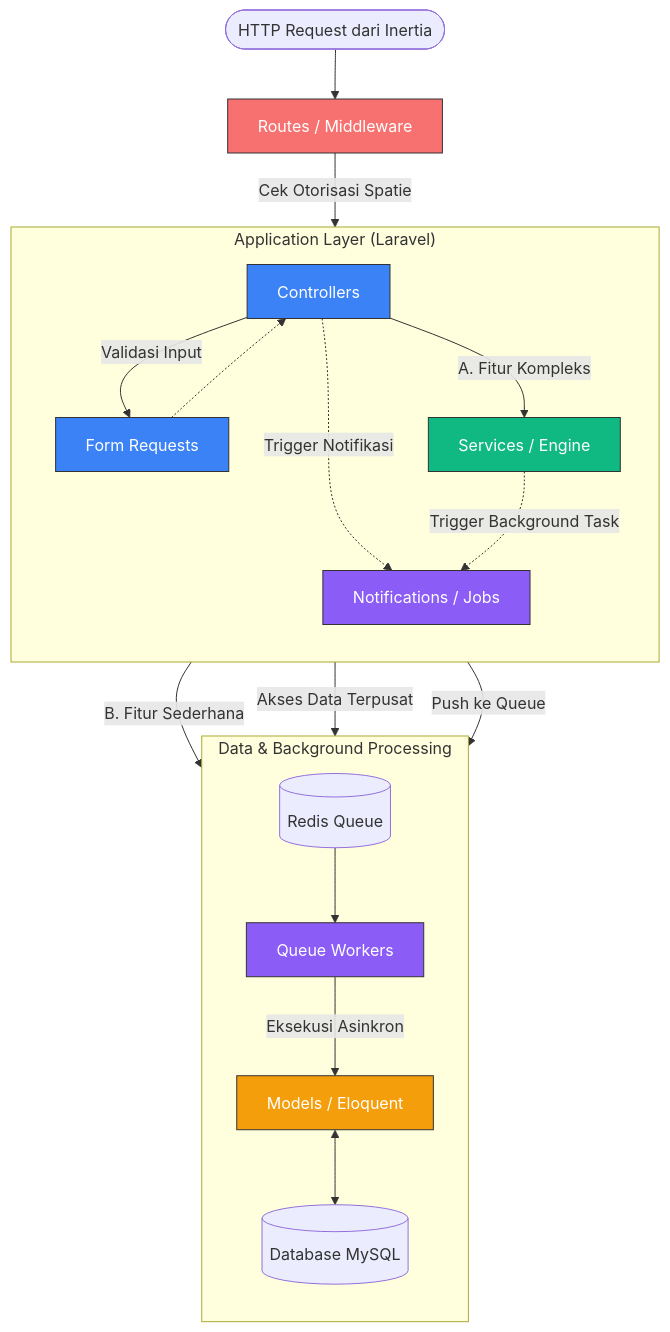
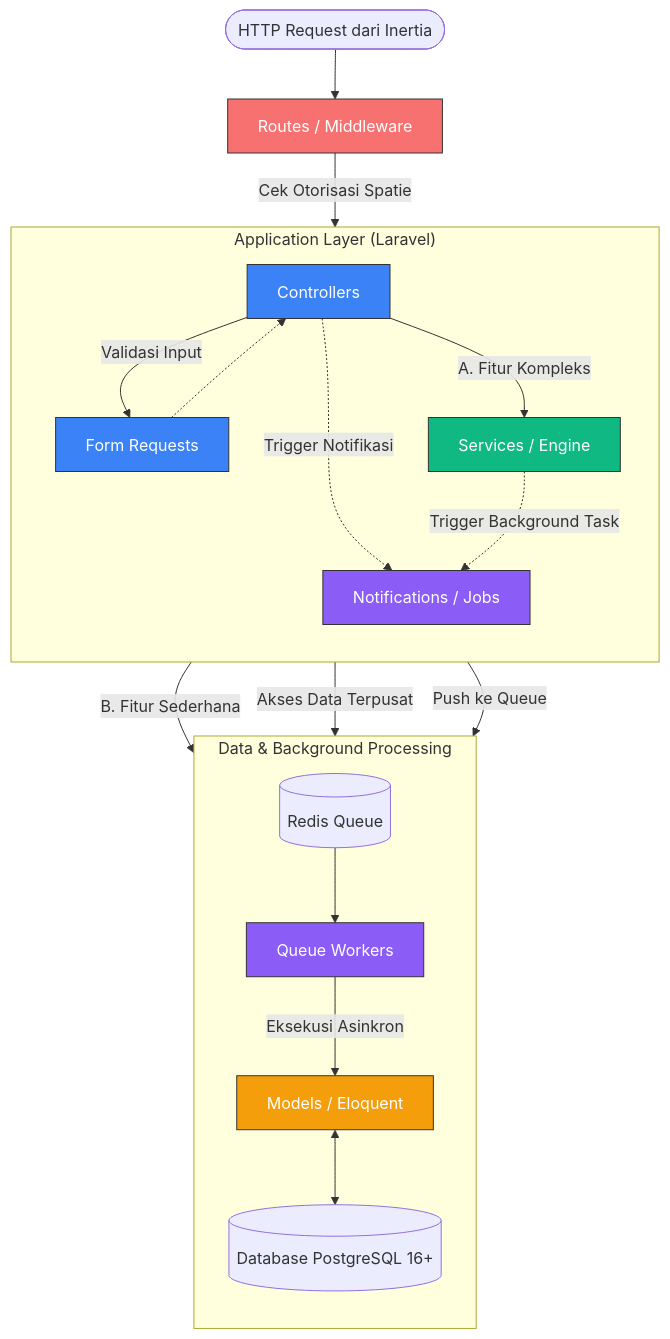
The second of 11 diagrams in README.md (whykrr/sollu-app), drawn with Mermaid before and after one commit. The commit also changed other lines of this file and 47 other files, not shown here.

````diff
--- a/README.md
+++ b/README.md
@@ -115,52 +115,52 @@
 ```mermaid
 flowchart TD
     Req([HTTP Request dari Inertia]) --> Router[Routes / Middleware]
     
     subgraph App ["Application Layer (Laravel)"]
         direction TB
         Controller[Controllers]
         FormRequest[Form Requests]
         Service[Services / Engine]
         JobEvent[Notifications / Jobs]
     end
     
     subgraph Storage ["Data & Background Processing"]
         direction TB
         Model[Models / Eloquent]
-        DB[(Database MySQL)]
+        DB[(Database PostgreSQL 16+)]
         Redis[(Redis Queue)]
         Worker[Queue Workers]
     end
     
     %% Relasi Alur Kerja
     Router -->|Cek Otorisasi Spatie| Controller
     
     Controller -->|Validasi Input| FormRequest
     FormRequest -.-> Controller
     
     Controller -->|A. Fitur Kompleks| Service
     Controller -->|B. Fitur Sederhana| Model
     
     Service -->|Akses Data Terpusat| Model
     
     Controller -.->|Trigger Notifikasi| JobEvent
     Service -.->|Trigger Background Task| JobEvent
     
     Model <--> DB
     JobEvent -->|Push ke Queue| Redis
     Redis --> Worker
     Worker -->|Eksekusi Asinkron| Model
     
     %% Styling
     classDef route fill:#f87171,stroke:#333,stroke-width:1px,color:#fff;
     classDef controller fill:#3b82f6,stroke:#333,stroke-width:1px,color:#fff;
     classDef service fill:#10b981,stroke:#333,stroke-width:1px,color:#fff;
     classDef model fill:#f59e0b,stroke:#333,stroke-width:1px,color:#fff;
     classDef job fill:#8b5cf6,stroke:#333,stroke-width:1px,color:#fff;
 
     class Router route;
     class Controller,FormRequest controller;
     class Service service;
     class Model model;
     class JobEvent,Worker job;
 ```
````
